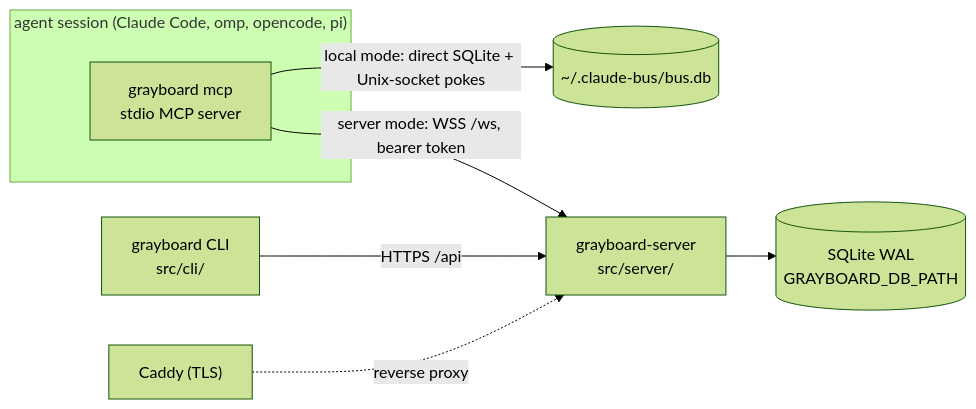
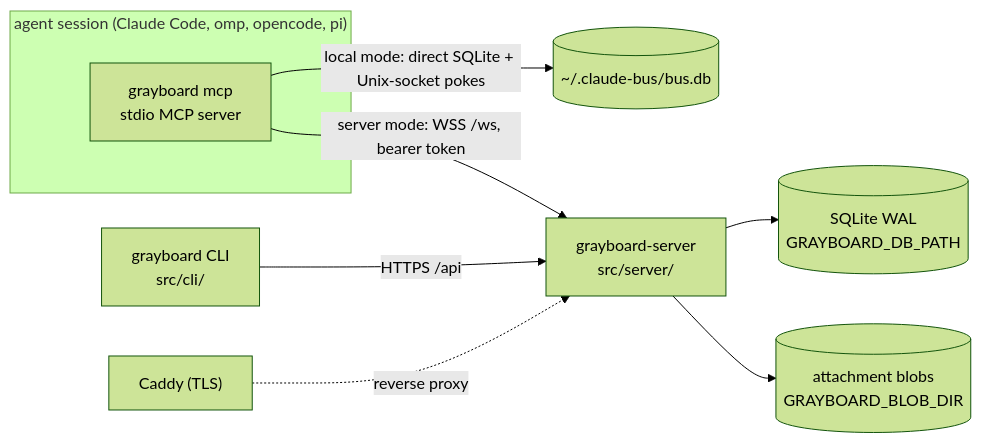
The diagram in docs/architecture.md (nolnoch/grayboard), drawn with Mermaid (forest theme) before and after one commit. The commit also changed other lines of this file and 3 other files, not shown here.

````diff
--- a/docs/architecture.md
+++ b/docs/architecture.md
@@ -12,11 +12,12 @@
 ```mermaid
 flowchart LR
   subgraph session["agent session (Claude Code, omp, opencode, pi)"]
     mcp["grayboard mcp<br/>stdio MCP server"]
   end
   mcp -->|"local mode: direct SQLite + Unix-socket pokes"| localdb[("~/.claude-bus/bus.db")]
   mcp -->|"server mode: WSS /ws, bearer token"| server["grayboard-server<br/>src/server/"]
   cli["grayboard CLI<br/>src/cli/"] -->|HTTPS /api| server
   server --> serverdb[("SQLite WAL<br/>GRAYBOARD_DB_PATH")]
+  server --> blobs[("attachment blobs<br/>GRAYBOARD_BLOB_DIR")]
   caddy["Caddy (TLS)"] -.->|reverse proxy| server
 ```
````
